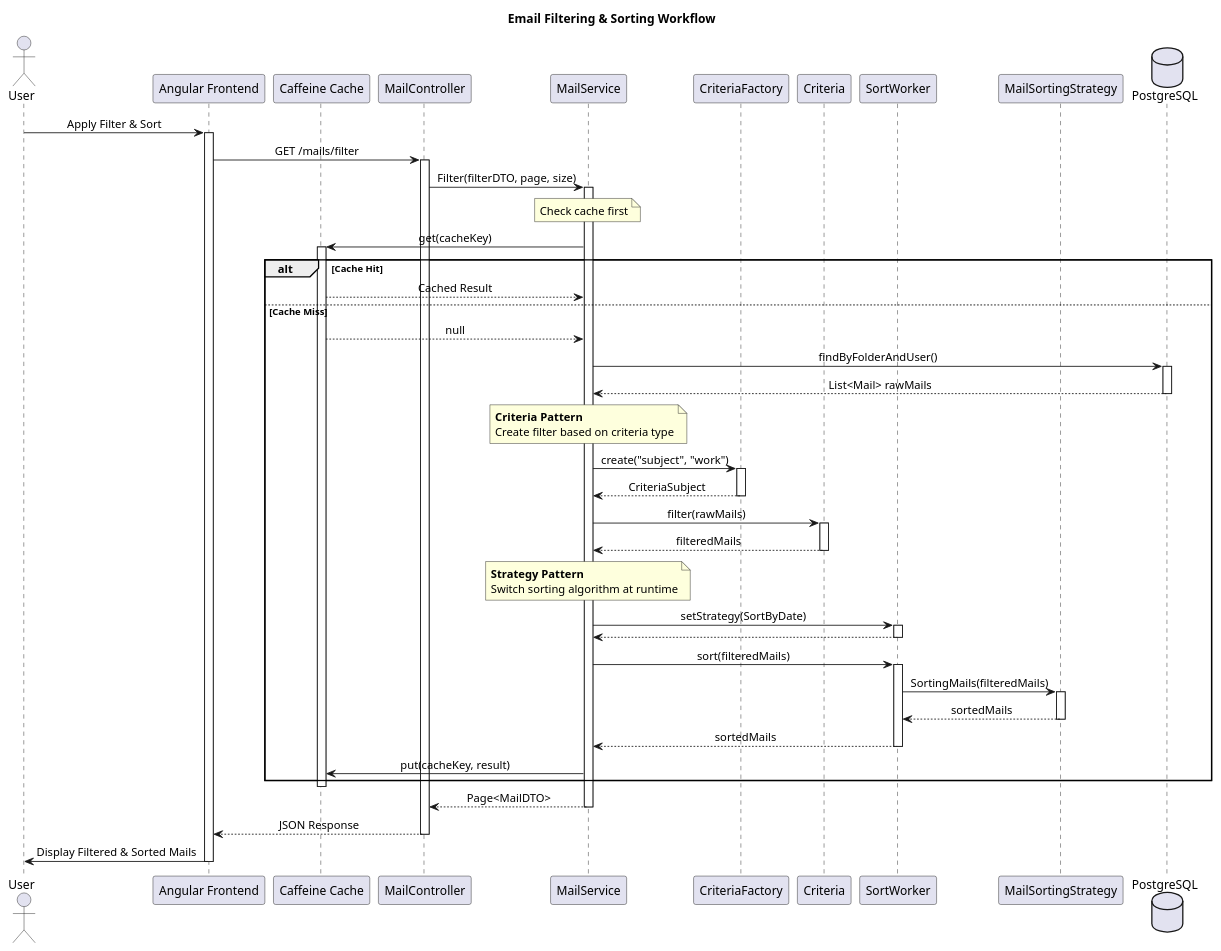
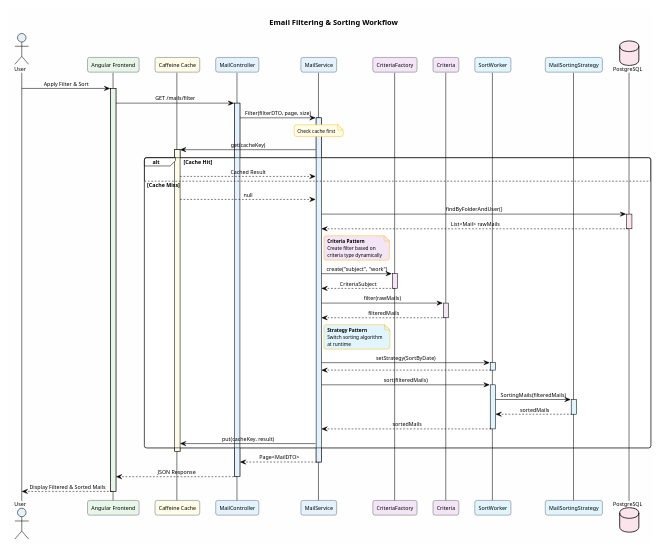
One commit to AnasAli77/Milo-mail-web-application changed the diagram in docs/filtering_sorting_sequence.puml. Above: the diagram before and after it, drawn with PlantUML. The commit also changed 3 other files, not shown here.

```diff
--- a/docs/filtering_sorting_sequence.puml
+++ b/docs/filtering_sorting_sequence.puml
@@ -1,82 +1,111 @@
 @startuml
-title Email Filtering & Sorting Workflow
+' A4 Portrait - Clean Beautiful Theme
+!theme plain
+skinparam backgroundColor #FEFEFE
+skinparam defaultFontName Arial
+skinparam defaultFontSize 10
+skinparam roundCorner 8
+skinparam shadowing false
+skinparam sequenceMessageAlign center
+scale max 750 width
 
-skinparam sequenceMessageAlign center
-skinparam responseMessageBelowArrow true
+skinparam participant {
+    BackgroundColor #F8F9FA
+    BorderColor #6C757D
+}
 
-actor User
-participant "Angular Frontend" as Frontend
-participant "Caffeine Cache" as Cache
-participant "MailController" as Controller
-participant "MailService" as Service
-participant "CriteriaFactory" as CFactory
-participant "Criteria" as Filter
-participant "SortWorker" as Worker
-participant "MailSortingStrategy" as Strategy
-database "PostgreSQL" as DB
+skinparam note {
+    BackgroundColor #FFF9C4
+    BorderColor #FBC02D
+    FontSize 9
+}
+
+title <size:14><b>Email Filtering & Sorting Workflow</b></size>
+
+actor User #E3F2FD
+participant "Angular Frontend" as Frontend #E8F5E9
+participant "Caffeine Cache" as Cache #FFFDE7
+participant "MailController" as Controller #E3F2FD
+participant "MailService" as Service #E3F2FD
+participant "CriteriaFactory" as CFactory #F3E5F5
+participant "Criteria" as Filter #F3E5F5
+participant "SortWorker" as Worker #E1F5FE
+participant "MailSortingStrategy" as Strategy #E1F5FE
+database "PostgreSQL" as DB #FCE4EC
 
 User -> Frontend : Apply Filter & Sort
-activate Frontend
+activate Frontend #E8F5E9
 
 Frontend -> Controller : GET /mails/filter
-activate Controller
+activate Controller #E3F2FD
 
 Controller -> Service : Filter(filterDTO, page, size)
-activate Service
+activate Service #E3F2FD
 
-note over Service: Check cache first
+note over Service #FFFDE7
+Check cache first
+end note
 
 Service -> Cache : get(cacheKey)
-activate Cache
+activate Cache #FFFDE7
+
 alt Cache Hit
     Cache --> Service : Cached Result
 else Cache Miss
     Cache --> Service : null
     
     Service -> DB : findByFolderAndUser()
-    activate DB
+    activate DB #FCE4EC
     DB --> Service : List<Mail> rawMails
     deactivate DB
     
-    note over Service: **Criteria Pattern**\nCreate filter based on criteria type
+    note right of Service #F3E5F5
+    **Criteria Pattern**
+    Create filter based on
+    criteria type dynamically
+    end note
     
     Service -> CFactory : create("subject", "work")
-    activate CFactory
+    activate CFactory #F3E5F5
     CFactory --> Service : CriteriaSubject
     deactivate CFactory
     
     Service -> Filter : filter(rawMails)
-    activate Filter
+    activate Filter #F3E5F5
     Filter --> Service : filteredMails
     deactivate Filter
     
-    note over Service: **Strategy Pattern**\nSwitch sorting algorithm at runtime
+    note right of Service #E1F5FE
+    **Strategy Pattern**
+    Switch sorting algorithm
+    at runtime
+    end note
     
     Service -> Worker : setStrategy(SortByDate)
-    activate Worker
+    activate Worker #E1F5FE
     Worker --> Service
     deactivate Worker
     
     Service -> Worker : sort(filteredMails)
-    activate Worker
+    activate Worker #E1F5FE
     Worker -> Strategy : SortingMails(filteredMails)
-    activate Strategy
+    activate Strategy #E1F5FE
     Strategy --> Worker : sortedMails
     deactivate Strategy
     Worker --> Service : sortedMails
     deactivate Worker
     
     Service -> Cache : put(cacheKey, result)
 end
 deactivate Cache
 
 Service --> Controller : Page<MailDTO>
 deactivate Service
 
 Controller --> Frontend : JSON Response
 deactivate Controller
 
-Frontend -> User : Display Filtered & Sorted Mails
+Frontend --> User : Display Filtered & Sorted Mails
 deactivate Frontend
 
 @enduml
```
